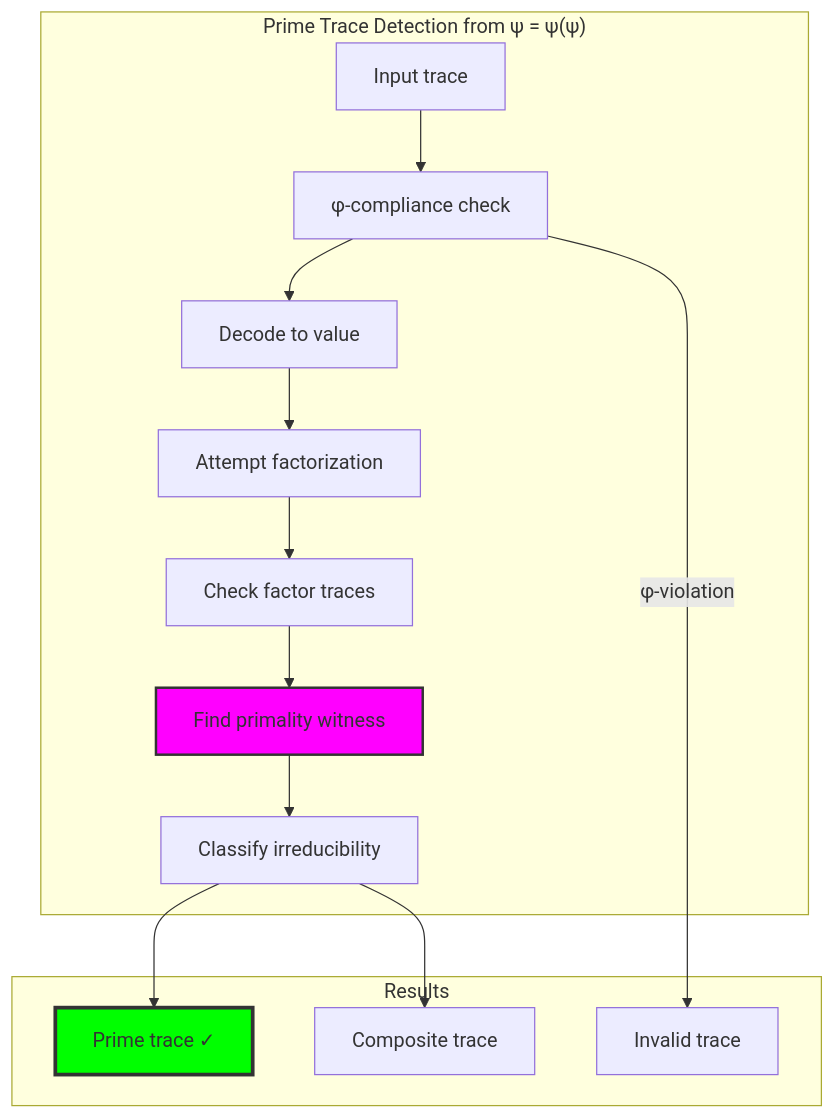
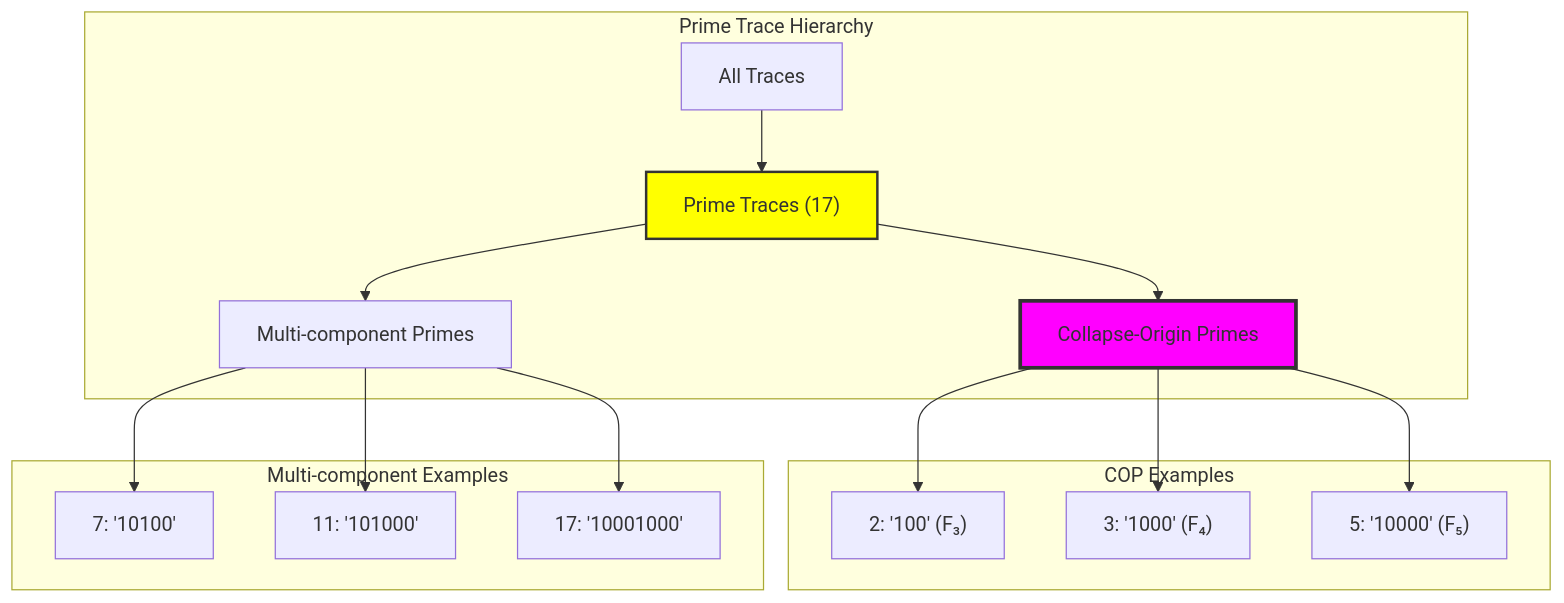
The first of 13 diagrams in docs/codex/volume-01-trace-numbers/chapter-023-prime-trace.md (loning/the-binarymath), drawn with Mermaid before and after one commit. The commit also changed other lines of this file and 4 other files, not shown here.

````diff
--- a/docs/codex/volume-01-trace-numbers/chapter-023-prime-trace.md
+++ b/docs/codex/volume-01-trace-numbers/chapter-023-prime-trace.md
@@ -33,32 +44,32 @@
 ```mermaid
 graph TD
-    subgraph "Prime Trace Detection from ψ = ψ(ψ)"
-        TRACE["Input trace"]
-        VALIDATE["φ-compliance check"]
-        DECODE["Decode to value"]
-        FACTOR["Attempt factorization"]
-        CHECK_FACTORS["Check factor traces"]
-        WITNESS["Find primality witness"]
-        CLASSIFY["Classify irreducibility"]
+    subgraph "Prime Trace Hierarchy"
+        ALL["All Traces"]
+        PRIMES["Prime Traces (17)"]
+        MULTI["Multi-component Primes"]
+        COP["Collapse-Origin Primes"]
         
-        TRACE --> VALIDATE
-        VALIDATE --> DECODE
-        DECODE --> FACTOR
-        FACTOR --> CHECK_FACTORS
-        CHECK_FACTORS --> WITNESS
-        WITNESS --> CLASSIFY
+        ALL --> PRIMES
+        PRIMES --> MULTI
+        PRIMES --> COP
     end
     
-    subgraph "Results"
-        PRIME["Prime trace ✓"]
-        COMPOSITE["Composite trace"]
-        INVALID["Invalid trace"]
+    subgraph "COP Examples"
+        COP2["2: '100' (F₃)"]
+        COP3["3: '1000' (F₄)"]
+        COP5["5: '10000' (F₅)"]
+        
+        COP --> COP2 & COP3 & COP5
     end
     
-    CLASSIFY --> PRIME
-    CLASSIFY --> COMPOSITE
-    VALIDATE -->|"φ-violation"| INVALID
+    subgraph "Multi-component Examples"
+        P7["7: '10100'"]
+        P11["11: '101000'"]
+        P17["17: '10001000'"]
+        
+        MULTI --> P7 & P11 & P17
+    end
     
-    style PRIME fill:#0f0,stroke:#333,stroke-width:3px
-    style WITNESS fill:#f0f,stroke:#333,stroke-width:2px
+    style COP fill:#f0f,stroke:#333,stroke-width:3px
+    style PRIMES fill:#ff0,stroke:#333,stroke-width:2px
 ```
````
